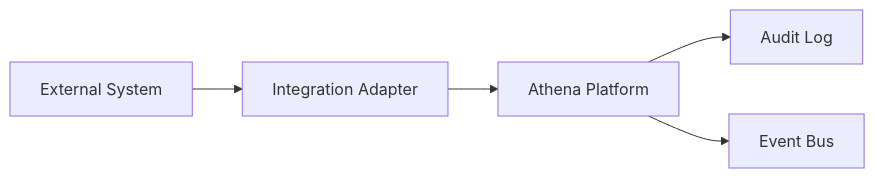
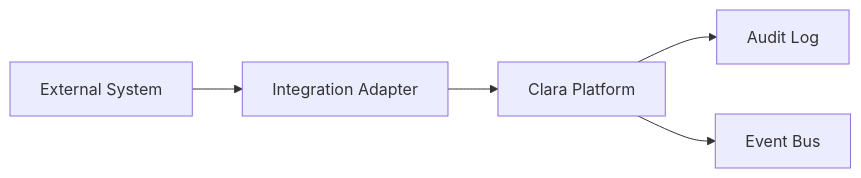
One commit to VaxXinE/CLARA changed the diagram in docs/templates/integration-spec-template.md. Above: the diagram before and after it, drawn with Mermaid. The commit also changed other lines of this file and 529 other files, not shown here.

````diff
--- a/docs/templates/integration-spec-template.md
+++ b/docs/templates/integration-spec-template.md
@@ -122,7 +122,7 @@
 ```mermaid
 flowchart LR
     External[External System] --> Adapter[Integration Adapter]
-    Adapter --> Athena[Athena Platform]
-    Athena --> Audit[Audit Log]
-    Athena --> EventBus[Event Bus]
+    Adapter --> Clara[Clara Platform]
+    Clara --> Audit[Audit Log]
+    Clara --> EventBus[Event Bus]
 ```
````
